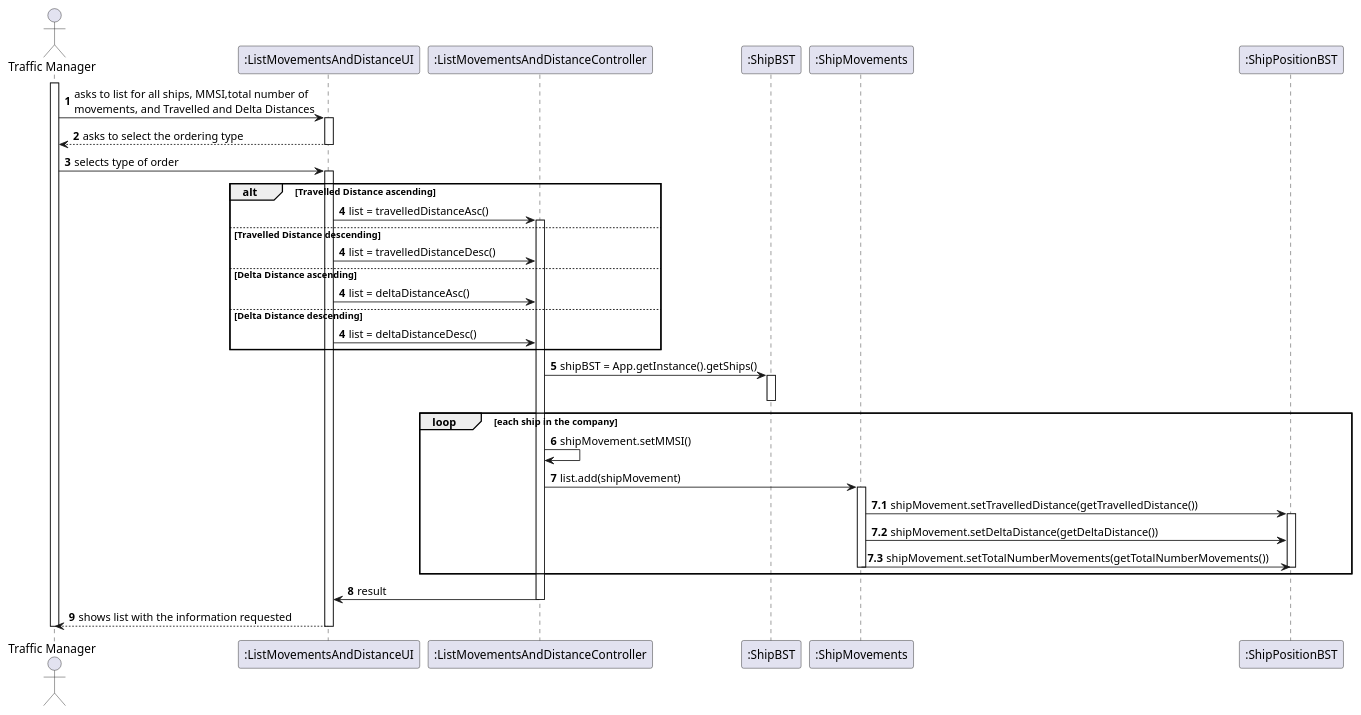
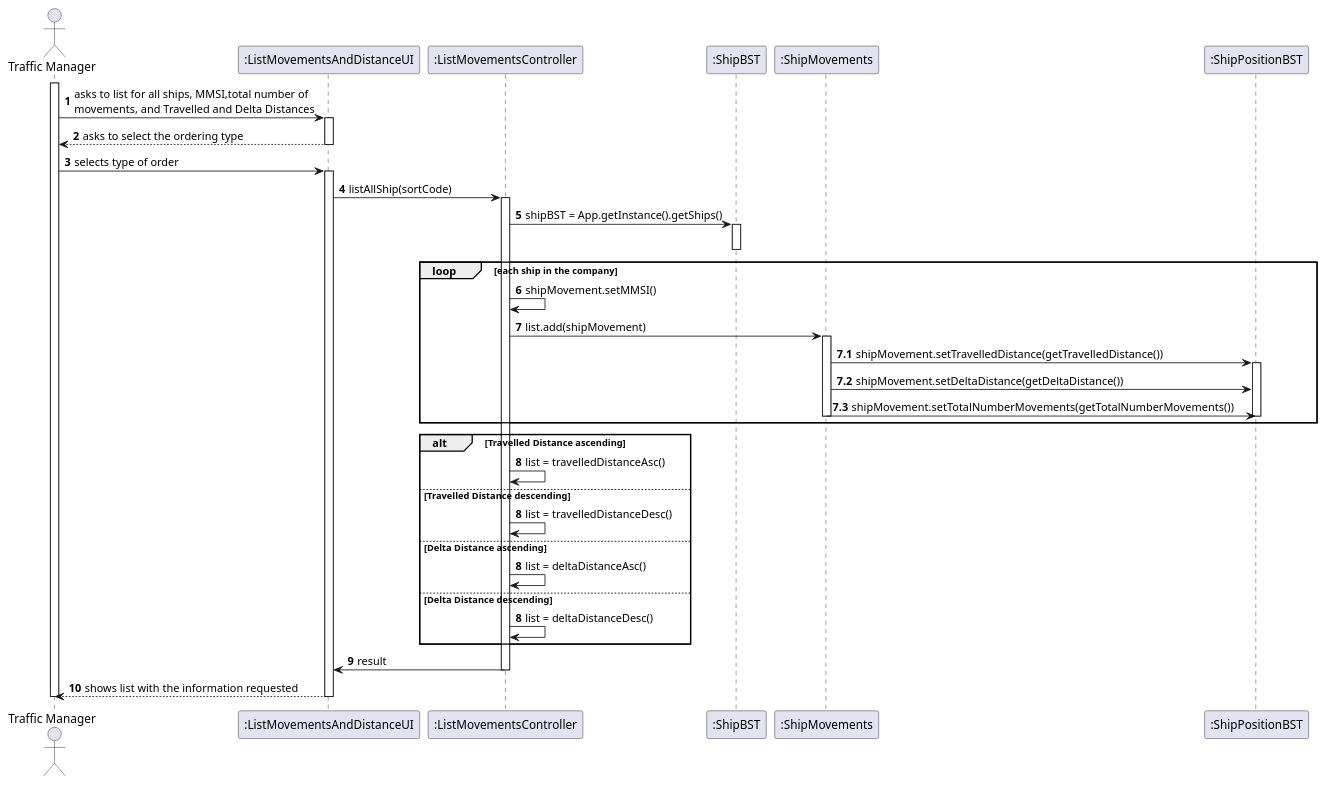
One commit to 1190772/LAB-Project-3 changed the diagram in docs/Sprint 1/US/US105/US105_SD.puml. Above: the diagram before and after it, drawn with PlantUML. The commit also changed 5 other files, not shown here.

```diff
--- a/docs/Sprint 1/US/US105/US105_SD.puml
+++ b/docs/Sprint 1/US/US105/US105_SD.puml
@@ -1,65 +1,68 @@
 @startuml
 autonumber
 
 'hide footbox
 actor "Traffic Manager" as TM
 
 participant ":ListMovementsAndDistanceUI" as UI
-participant ":ListMovementsAndDistanceController" as CTRL
+participant ":ListMovementsController" as CTRL
 participant ":ShipBST" as SBST
 participant ":ShipMovements" as SM
 participant ":ShipPositionBST" as SPBST
 
 activate TM
 TM -> UI : asks to list for all ships, MMSI,total number of \nmovements, and Travelled and Delta Distances
 activate UI
 
 UI --> TM : asks to select the ordering type
 deactivate UI
 
 TM -> UI : selects type of order
 activate UI
 
-alt Travelled Distance ascending
-UI -> CTRL : list = travelledDistanceAsc()
+UI -> CTRL : listAllShip(sortCode)
 activate CTRL
-autonumber 4
-else Travelled Distance descending
-UI -> CTRL : list = travelledDistanceDesc()
-autonumber 4
-else Delta Distance ascending
-UI -> CTRL : list = deltaDistanceAsc()
-autonumber 4
-else Delta Distance descending
-UI -> CTRL : list = deltaDistanceDesc()
-end
 
 CTRL -> SBST : shipBST = App.getInstance().getShips()
 activate SBST
 deactivate SBST
 
 loop each ship in the company
 CTRL -> CTRL : shipMovement.setMMSI()
 CTRL -> SM : list.add(shipMovement)
 activate SM
 autonumber 7.1
 SM -> SPBST : shipMovement.setTravelledDistance(getTravelledDistance())
 activate SPBST
 SM -> SPBST : shipMovement.setDeltaDistance(getDeltaDistance())
 SM -> SPBST : shipMovement.setTotalNumberMovements(getTotalNumberMovements())
 
 deactivate SM
 deactivate SPBST
 end
 
 autonumber 8
+alt Travelled Distance ascending
+CTRL -> CTRL : list = travelledDistanceAsc()
+autonumber 8
+else Travelled Distance descending
+CTRL -> CTRL : list = travelledDistanceDesc()
+autonumber 8
+else Delta Distance ascending
+CTRL -> CTRL : list = deltaDistanceAsc()
+autonumber 8
+else Delta Distance descending
+CTRL -> CTRL : list = deltaDistanceDesc()
+end
+
+
 
 CTRL -> UI : result
 deactivate CTRL
 
 UI --> TM : shows list with the information requested
 deactivate UI
 
 deactivate TM
 
 @enduml
```
